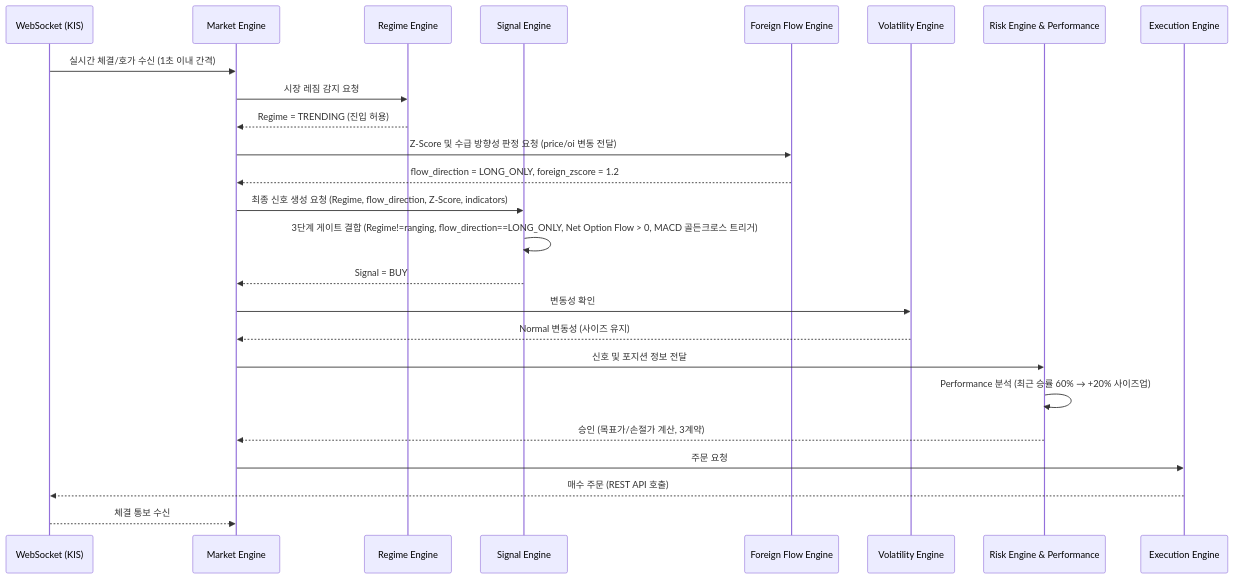
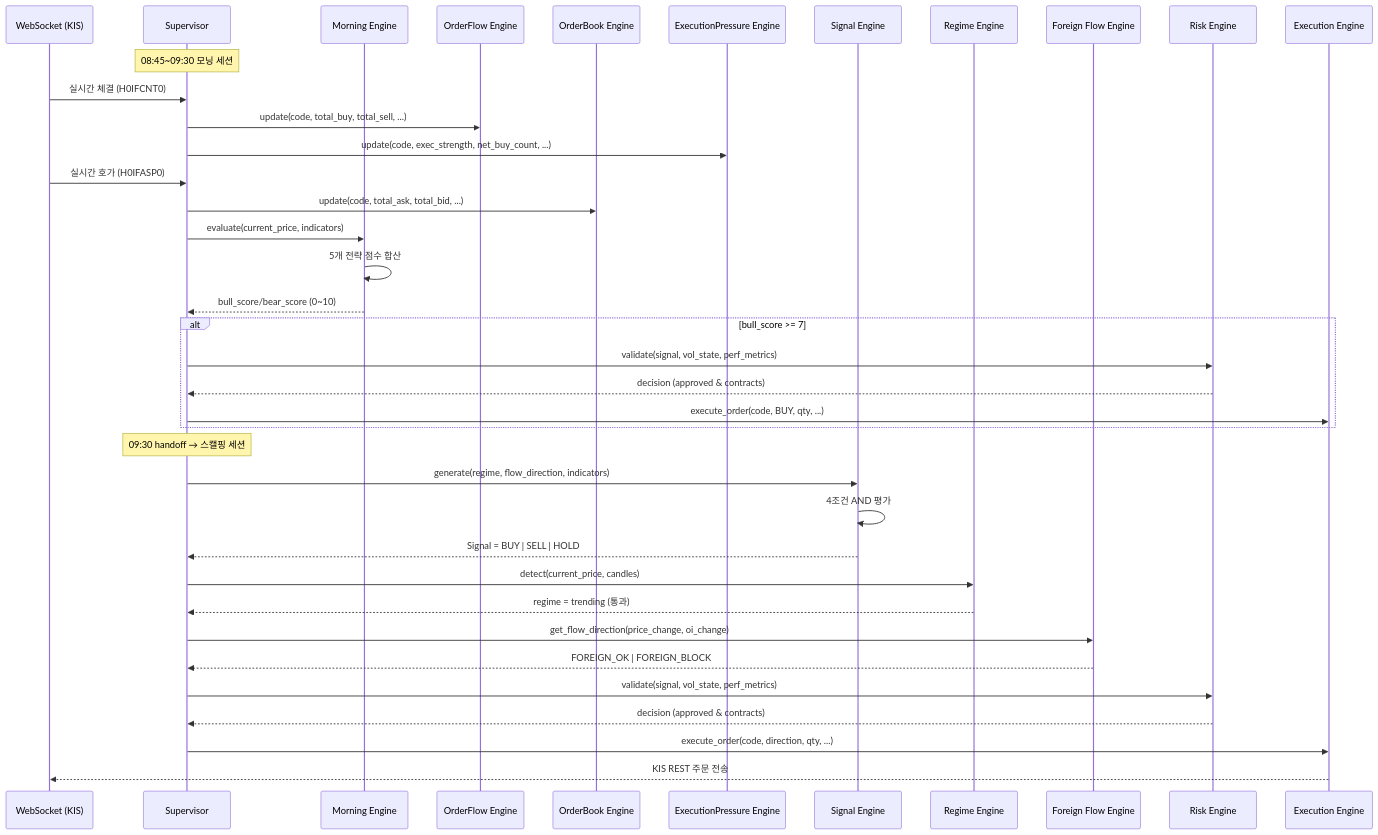
Before and after one commit to hyunjijung1224/open-trading-api: the diagram in agent.md, drawn with Mermaid. The commit also changed other lines of this file and 21 other files, not shown here.

````diff
--- a/agent.md
+++ b/agent.md
@@ -118,33 +63,48 @@
 ```mermaid
 sequenceDiagram
     participant WS as WebSocket (KIS)
-    participant ME as Market Engine
+    participant TS as Supervisor
+    participant ME as Morning Engine
+    participant OF as OrderFlow Engine
+    participant OB as OrderBook Engine
+    participant EP as ExecutionPressure Engine
+    participant SE as Signal Engine
     participant RE as Regime Engine
-    participant SE as Signal Engine
     participant FE as Foreign Flow Engine
-    participant VE as Volatility Engine
-    participant RK as Risk Engine & Performance
+    participant RK as Risk Engine
     participant EX as Execution Engine
-    
-    WS->>ME: 실시간 체결/호가 수신 (1초 이내 간격)
-    ME->>RE: 시장 레짐 감지 요청
-    RE-->>ME: Regime = TRENDING (진입 허용)
-    
-    ME->>FE: Z-Score 및 수급 방향성 판정 요청 (price/oi 변동 전달)
-    FE-->>ME: flow_direction = LONG_ONLY, foreign_zscore = 1.2
-    
-    ME->>SE: 최종 신호 생성 요청 (Regime, flow_direction, Z-Score, indicators)
-    SE->>SE: 3단계 게이트 결합 (Regime!=ranging, flow_direction==LONG_ONLY, Net Option Flow > 0, MACD 골든크로스 트리거)
-    SE-->>ME: Signal = BUY
-    
-    ME->>VE: 변동성 확인
-    VE-->>ME: Normal 변동성 (사이즈 유지)
-    
-    ME->>RK: 신호 및 포지션 정보 전달
-    RK->>RK: Performance 분석 (최근 승률 60% → +20% 사이즈업)
-    RK-->>ME: 승인 (목표가/손절가 계산, 3계약)
-    
-    ME->>EX: 주문 요청
-    EX-->>WS: 매수 주문 (REST API 호출)
-    WS-->>ME: 체결 통보 수신
+
+    Note over TS: 08:45~09:30 모닝 세션
+    WS->>TS: 실시간 체결 (H0IFCNT0)
+    TS->>OF: update(code, total_buy, total_sell, ...)
+    TS->>EP: update(code, exec_strength, net_buy_count, ...)
+
+    WS->>TS: 실시간 호가 (H0IFASP0)
+    TS->>OB: update(code, total_ask, total_bid, ...)
+
+    TS->>ME: evaluate(current_price, indicators)
+    ME->>ME: 5개 전략 점수 합산
+    ME-->>TS: bull_score/bear_score (0~10)
+
+    alt bull_score >= 7
+        TS->>RK: validate(signal, vol_state, perf_metrics)
+        RK-->>TS: decision (approved & contracts)
+        TS->>EX: execute_order(code, BUY, qty, ...)
+    end
+
+    Note over TS: 09:30 handoff → 스캘핑 세션
+    TS->>SE: generate(regime, flow_direction, indicators)
+    SE->>SE: 4조건 AND 평가
+    SE-->>TS: Signal = BUY | SELL | HOLD
+
+    TS->>RE: detect(current_price, candles)
+    RE-->>TS: regime = trending (통과)
+
+    TS->>FE: get_flow_direction(price_change, oi_change)
+    FE-->>TS: FOREIGN_OK | FOREIGN_BLOCK
+
+    TS->>RK: validate(signal, vol_state, perf_metrics)
+    RK-->>TS: decision (approved & contracts)
+    TS->>EX: execute_order(code, direction, qty, ...)
+    EX-->>WS: KIS REST 주문 전송
 ```
````
